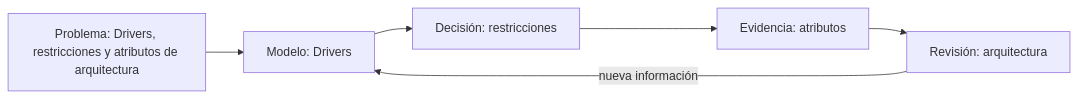
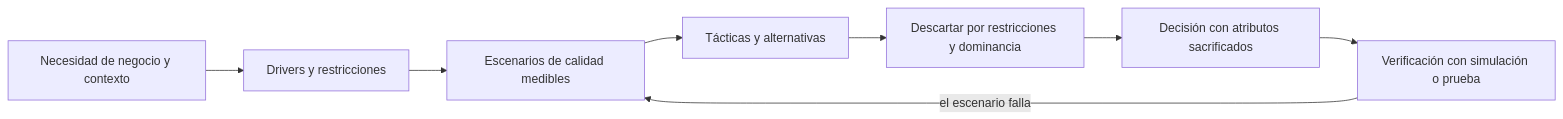
Before and after one commit to vladimiracunadev-create/modern-software-engineering-program: the diagram in classes/part-25-arquitectura-de-software-y-dominio/se-301-drivers-restricciones-y-atributos-de-arquitectura/README.md, drawn with Mermaid. The commit also changed other lines of this file and 117 other files, not shown here.

First line of the commit message:
feat(curriculum): deepen part 25 with synthetic, reproducible architecture simulations and measurements

````diff
--- a/classes/part-25-arquitectura-de-software-y-dominio/se-301-drivers-restricciones-y-atributos-de-arquitectura/README.md
+++ b/classes/part-25-arquitectura-de-software-y-dominio/se-301-drivers-restricciones-y-atributos-de-arquitectura/README.md
@@ -40,8 +54,10 @@
 ```mermaid
 flowchart LR
-    P["Problema: Drivers, restricciones y atributos de arquitectura"] --> M["Modelo: Drivers"]
-    M --> D["Decisión: restricciones"]
-    D --> E["Evidencia: atributos"]
-    E --> R["Revisión: arquitectura"]
-    R -->|nueva información| M
+    A[Necesidad de negocio y contexto] --> B[Drivers y restricciones]
+    B --> C[Escenarios de calidad medibles]
+    C --> D[Tácticas y alternativas]
+    D --> E[Descartar por restricciones y dominancia]
+    E --> F[Decisión con atributos sacrificados]
+    F --> G[Verificación con simulación o prueba]
+    G -->|el escenario falla| C
 ```
````
